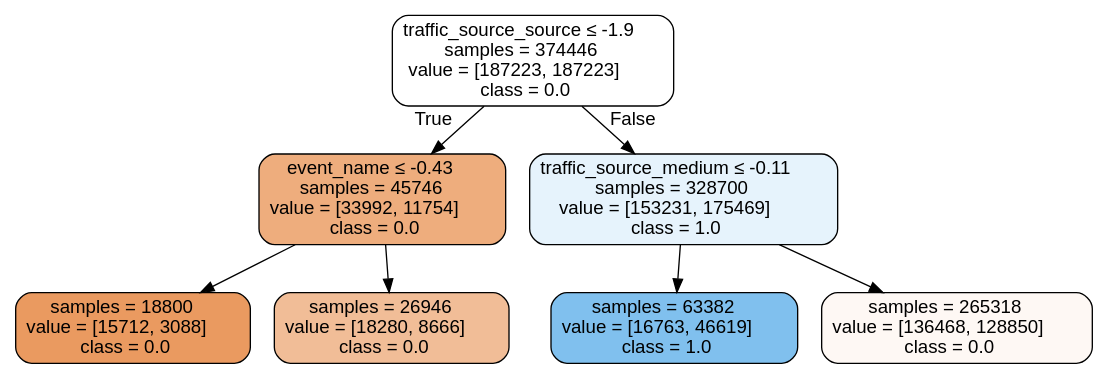
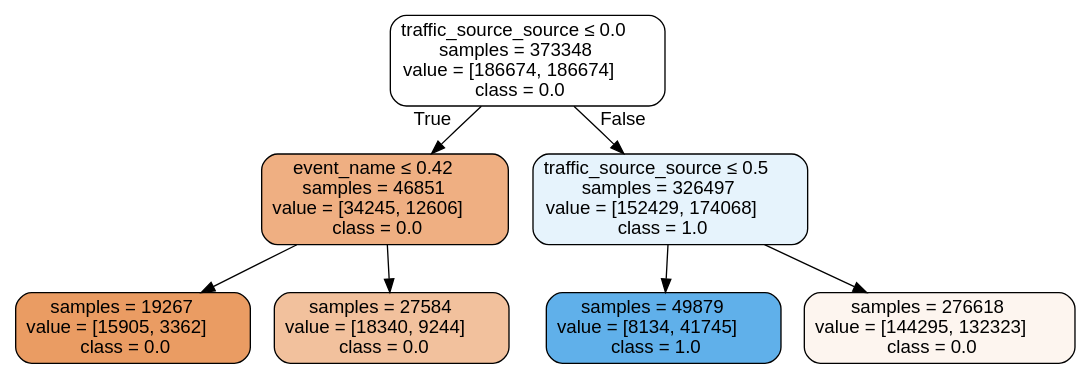
Before and after one commit to jvanalytics/ist_dash_2024_rec: the diagram in notebooks/google_merch_store/images/df_merch_final_dt_precision_best_tree.dot, drawn with Graphviz. The commit also changed 70 other files, not shown here.

```diff
--- a/notebooks/google_merch_store/images/df_merch_final_dt_precision_best_tree.dot
+++ b/notebooks/google_merch_store/images/df_merch_final_dt_precision_best_tree.dot
@@ -1,17 +1,17 @@
 digraph Tree {
 node [shape=box, style="filled, rounded", color="black", fontname="helvetica"] ;
 edge [fontname="helvetica"] ;
-0 [label=<traffic_source_source &le; -1.9<br/>samples = 374446<br/>value = [187223, 187223]<br/>class = 0.0>, fillcolor="#ffffff"] ;
-1 [label=<event_name &le; -0.43<br/>samples = 45746<br/>value = [33992, 11754]<br/>class = 0.0>, fillcolor="#eead7d"] ;
+0 [label=<traffic_source_source &le; 0.0<br/>samples = 373348<br/>value = [186674, 186674]<br/>class = 0.0>, fillcolor="#ffffff"] ;
+1 [label=<event_name &le; 0.42<br/>samples = 46851<br/>value = [34245, 12606]<br/>class = 0.0>, fillcolor="#efaf82"] ;
 0 -> 1 [labeldistance=2.5, labelangle=45, headlabel="True"] ;
-2 [label=<samples = 18800<br/>value = [15712, 3088]<br/>class = 0.0>, fillcolor="#ea9a60"] ;
+2 [label=<samples = 19267<br/>value = [15905, 3362]<br/>class = 0.0>, fillcolor="#ea9c63"] ;
 1 -> 2 ;
-3 [label=<samples = 26946<br/>value = [18280, 8666]<br/>class = 0.0>, fillcolor="#f1bd97"] ;
+3 [label=<samples = 27584<br/>value = [18340, 9244]<br/>class = 0.0>, fillcolor="#f2c19d"] ;
 1 -> 3 ;
-4 [label=<traffic_source_medium &le; -0.11<br/>samples = 328700<br/>value = [153231, 175469]<br/>class = 1.0>, fillcolor="#e6f3fc"] ;
+4 [label=<traffic_source_source &le; 0.5<br/>samples = 326497<br/>value = [152429, 174068]<br/>class = 1.0>, fillcolor="#e6f3fc"] ;
 0 -> 4 [labeldistance=2.5, labelangle=-45, headlabel="False"] ;
-5 [label=<samples = 63382<br/>value = [16763, 46619]<br/>class = 1.0>, fillcolor="#80c0ee"] ;
+5 [label=<samples = 49879<br/>value = [8134, 41745]<br/>class = 1.0>, fillcolor="#60b0ea"] ;
 4 -> 5 ;
-6 [label=<samples = 265318<br/>value = [136468, 128850]<br/>class = 0.0>, fillcolor="#fef8f4"] ;
+6 [label=<samples = 276618<br/>value = [144295, 132323]<br/>class = 0.0>, fillcolor="#fdf5ef"] ;
 4 -> 6 ;
 }
```
